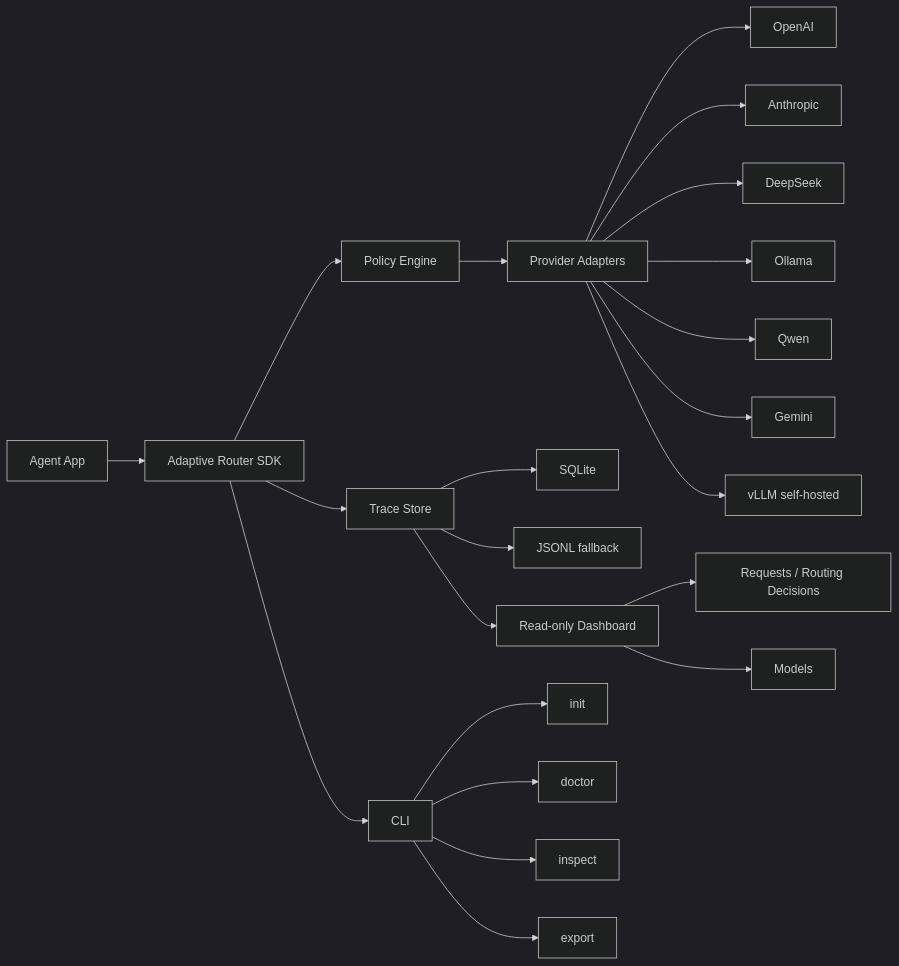
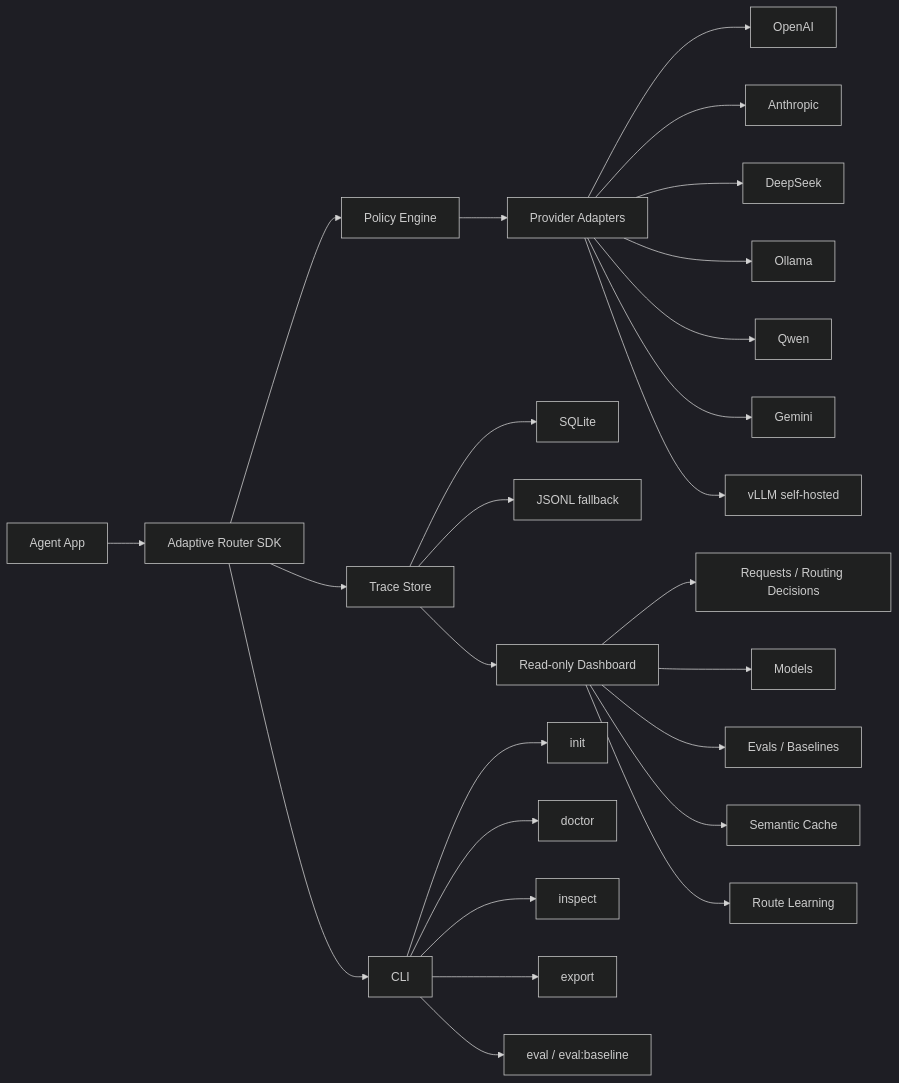
The diagram in README.md (guangyang1206/adaptive-model-router), drawn with Mermaid (dark theme) before and after one commit. The commit also changed other lines of this file and 12 other files, not shown here.

````diff
--- a/README.md
+++ b/README.md
@@ -165,24 +182,28 @@
 ```mermaid
 flowchart LR
   A[Agent App] --> B[Adaptive Router SDK]
   B --> C[Policy Engine]
   C --> D[Provider Adapters]
   D --> D1[OpenAI]
   D --> D2[Anthropic]
   D --> D3[DeepSeek]
   D --> D4[Ollama]
   D --> D5[Qwen]
   D --> D6[Gemini]
   D --> D7[vLLM self-hosted]
   B --> E[Trace Store]
   E --> E1[SQLite]
   E --> E2[JSONL fallback]
   E --> F[Read-only Dashboard]
   F --> F1[Requests / Routing Decisions]
   F --> F2[Models]
+  F --> F3[Evals / Baselines]
+  F --> F4[Semantic Cache]
+  F --> F5[Route Learning]
   B --> G[CLI]
   G --> G1[init]
   G --> G2[doctor]
   G --> G3[inspect]
   G --> G4[export]
+  G --> G5[eval / eval:baseline]
 ```
````
